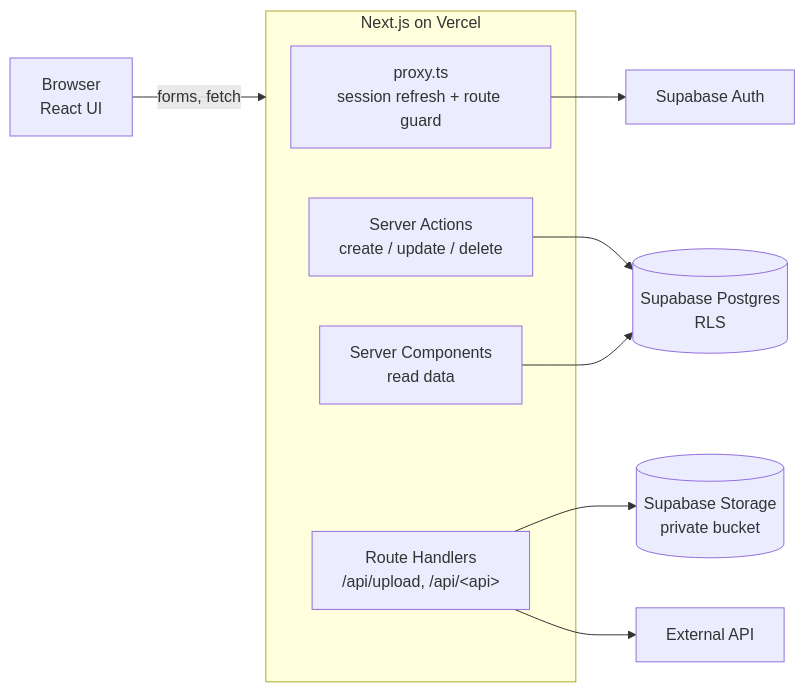
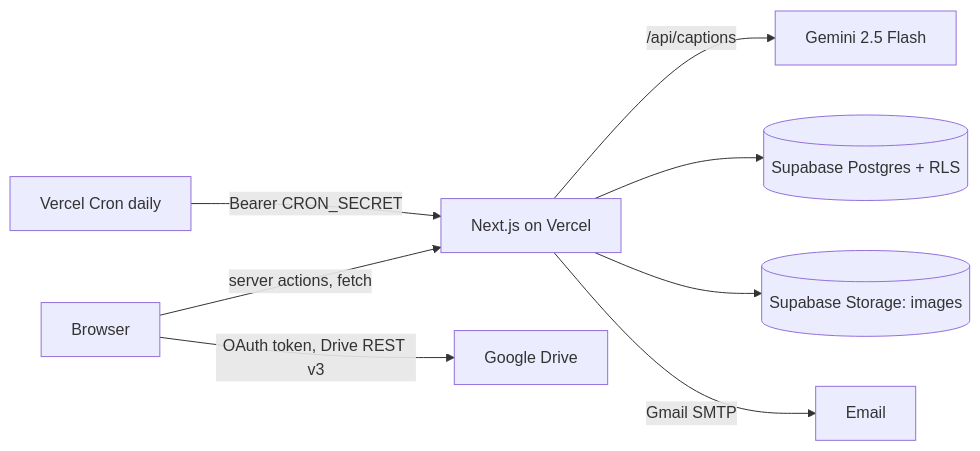
Before and after one commit to ahmadweb88/vspark: the diagram in README.md, drawn with Mermaid. The commit also changed other lines of this file, not shown here.

````diff
--- a/README.md
+++ b/README.md
@@ -42,15 +37,10 @@
 ```mermaid
 flowchart LR
-  B[Browser<br/>React UI] -->|forms, fetch| N
-  subgraph N[Next.js on Vercel]
-    P[proxy.ts<br/>session refresh + route guard]
-    SA[Server Actions<br/>create / update / delete]
-    RH[Route Handlers<br/>/api/upload, /api/&lt;api&gt;]
-    SC[Server Components<br/>read data]
-  end
-  SA --> DB[(Supabase Postgres<br/>RLS)]
-  SC --> DB
-  RH --> ST[(Supabase Storage<br/>private bucket)]
-  P --> AU[Supabase Auth]
-  RH --> EX[External API]
+  B[Browser] -->|server actions, fetch| N[Next.js on Vercel]
+  B -->|OAuth token, Drive REST v3| GD[Google Drive]
+  N -->|/api/captions| G[Gemini 2.5 Flash]
+  N --> DB[(Supabase Postgres + RLS)]
+  N --> ST[(Supabase Storage: images)]
+  N -->|Gmail SMTP| M[Email]
+  C[Vercel Cron daily] -->|Bearer CRON_SECRET| N
 ```
````
